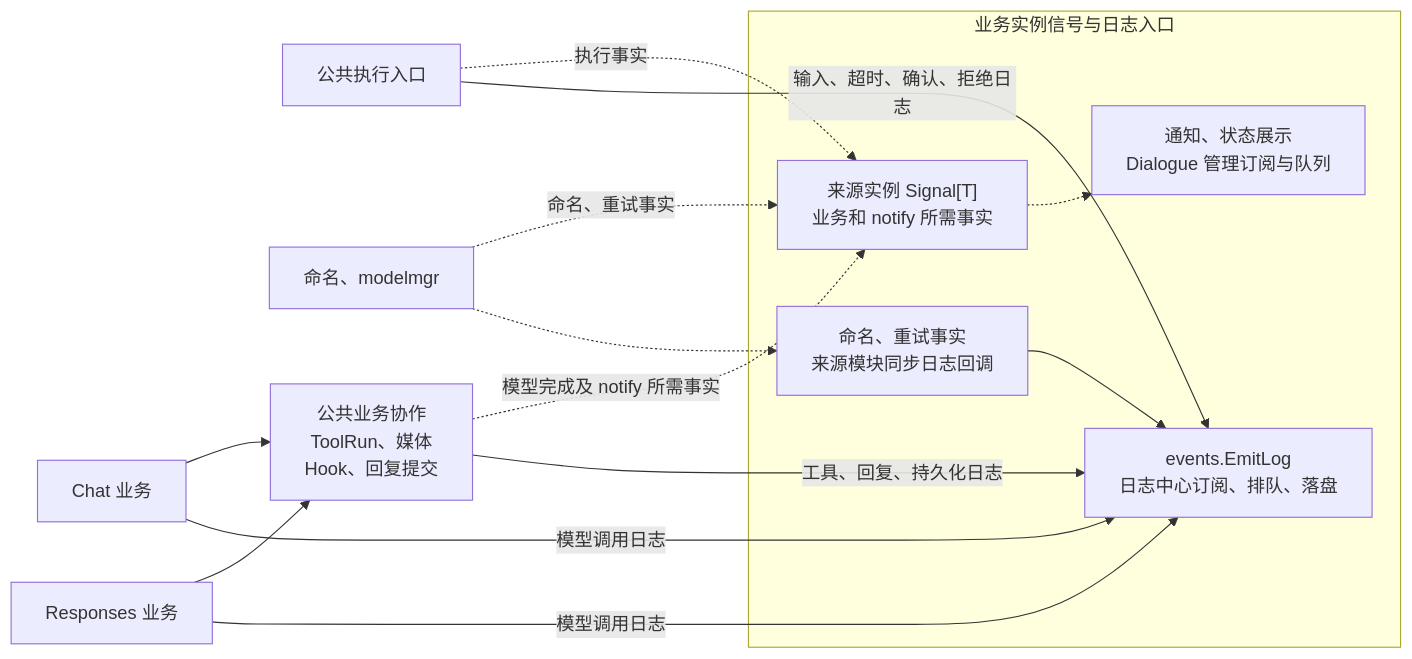
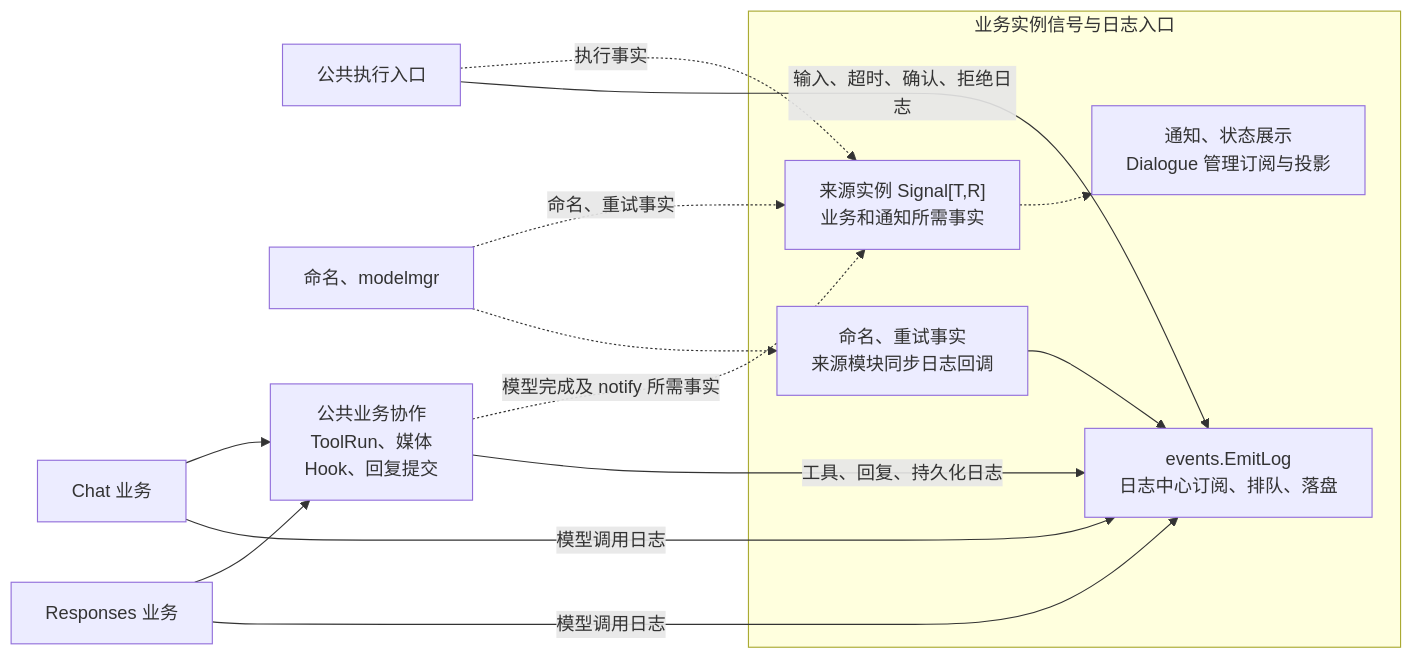
One commit to Elflare/elbot changed the third of 5 diagrams in devdocs/architecture.md. Above: the diagram before and after it, drawn with Mermaid. The commit also changed other lines of this file and 159 other files, not shown here.

````diff
--- a/devdocs/architecture.md
+++ b/devdocs/architecture.md
@@ -196,30 +196,30 @@
 ```mermaid
 flowchart LR
     CHAT["Chat 业务"]
     RESPONSE["Responses 业务"]
     ENTRY["公共执行入口"]
     OTHER["命名、modelmgr"]
 
     SHARED["公共业务协作<br/>ToolRun、媒体<br/>Hook、回复提交"]
 
     subgraph EVENTS["业务实例信号与日志入口"]
-        BUS["来源实例 Signal[T]<br/>业务和 notify 所需事实"]
-        OBSERVER["通知、状态展示<br/>Dialogue 管理订阅与队列"]
+        BUS["来源实例 Signal[T,R]<br/>业务和通知所需事实"]
+        OBSERVER["通知、状态展示<br/>Dialogue 管理订阅与投影"]
         PROJECTION["命名、重试事实<br/>来源模块同步日志回调"]
         LOG["events.EmitLog<br/>日志中心订阅、排队、落盘"]
         BUS -.-> OBSERVER
         PROJECTION --> LOG
     end
 
     CHAT --> SHARED
     RESPONSE --> SHARED
 
     SHARED -.->|"模型完成及 notify 所需事实"| BUS
     ENTRY -.->|"执行事实"| BUS
     OTHER -.->|"命名、重试事实"| BUS
     ENTRY -->|"输入、超时、确认、拒绝日志"| LOG
     OTHER -.-> PROJECTION
     CHAT -->|"模型调用日志"| LOG
     RESPONSE -->|"模型调用日志"| LOG
     SHARED -->|"工具、回复、持久化日志"| LOG
 ```
````
